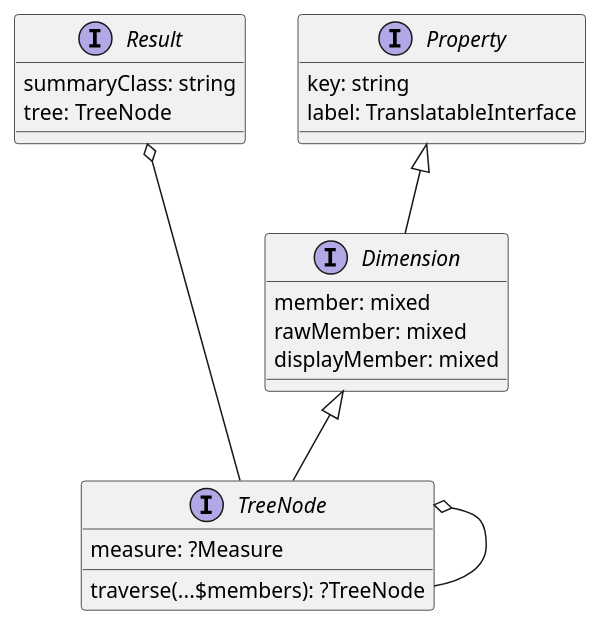
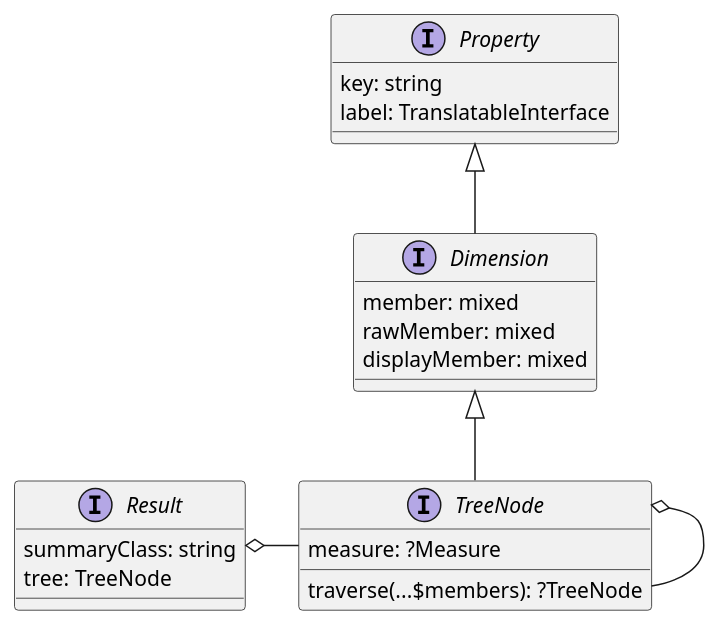
The diagram in docs/analytics/04-query/diagrams/tree.puml (rekalogika/rekalogika-docs), drawn with PlantUML before and after one commit. The commit also changed 4 other files, not shown here.

```diff
--- a/docs/analytics/04-query/diagrams/tree.puml
+++ b/docs/analytics/04-query/diagrams/tree.puml
@@ -1,28 +1,28 @@
 @startuml
 
 interface Result {
     summaryClass: string
     tree: TreeNode
 }
 
-Result o--- TreeNode
+Result o- TreeNode
 
 interface Property {
     key: string
     label: TranslatableInterface
 }
 
 interface Dimension extends Property{
     member: mixed
     rawMember: mixed
     displayMember: mixed
 }
 
 interface TreeNode extends Dimension {
     measure: ?Measure
     traverse(...$members): ?TreeNode
 }
 
 TreeNode o-- TreeNode
 
 @endu
```
